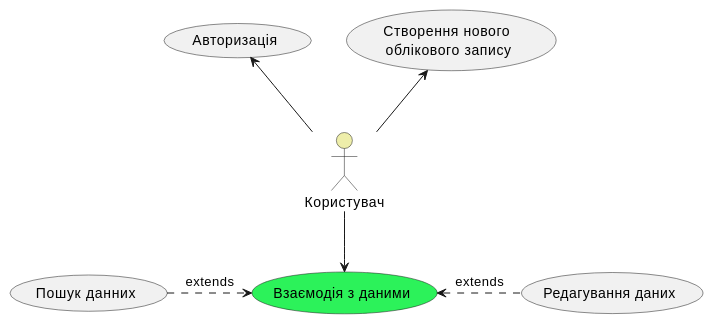
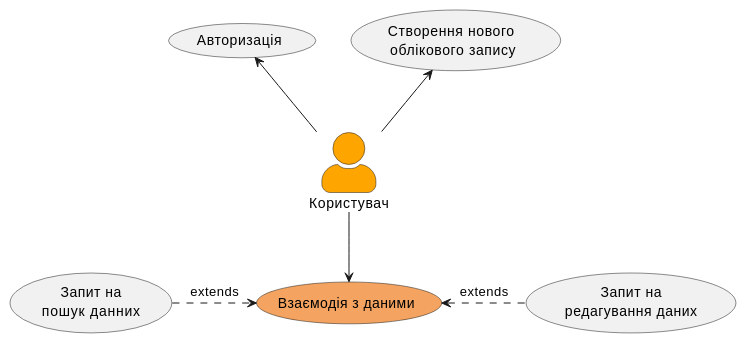
Before and after one commit to ELSheadali/IO-16_open-data-management-system: the second of 16 diagrams in docs/use cases/README.md, drawn with PlantUML. The commit also changed other lines of this file, not shown here.

```diff
--- a/docs/use cases/README.md
+++ b/docs/use cases/README.md
@@ -29,18 +29,18 @@
 @startuml
-
-actor "Користувач" as User #eeeeaa
+skinparam actorStyle awesome
+actor "Користувач" as User #FFA500
 
 usecase "Створення нового \nоблікового запису" as Registration 
 usecase "Авторизація" as Authorization 
-usecase "Взаємодія з даними" as InteractData #2cf25a 
-usecase "Пошук данних" as SearchData 
-usecase "Редагування даних" as EditData
+usecase "Взаємодія з даними" as InteractData #F4A460
+usecase "Запит на\nпошук данних" as SearchData 
+usecase "Запит на\nредагування даних" as EditData
 
 User -u-> Registration 
 User -u-> Authorization  
 User -d-> InteractData
 
 SearchData .r.> InteractData :extends 
 EditData .l.> InteractData :extends
 
 @enduml
```
